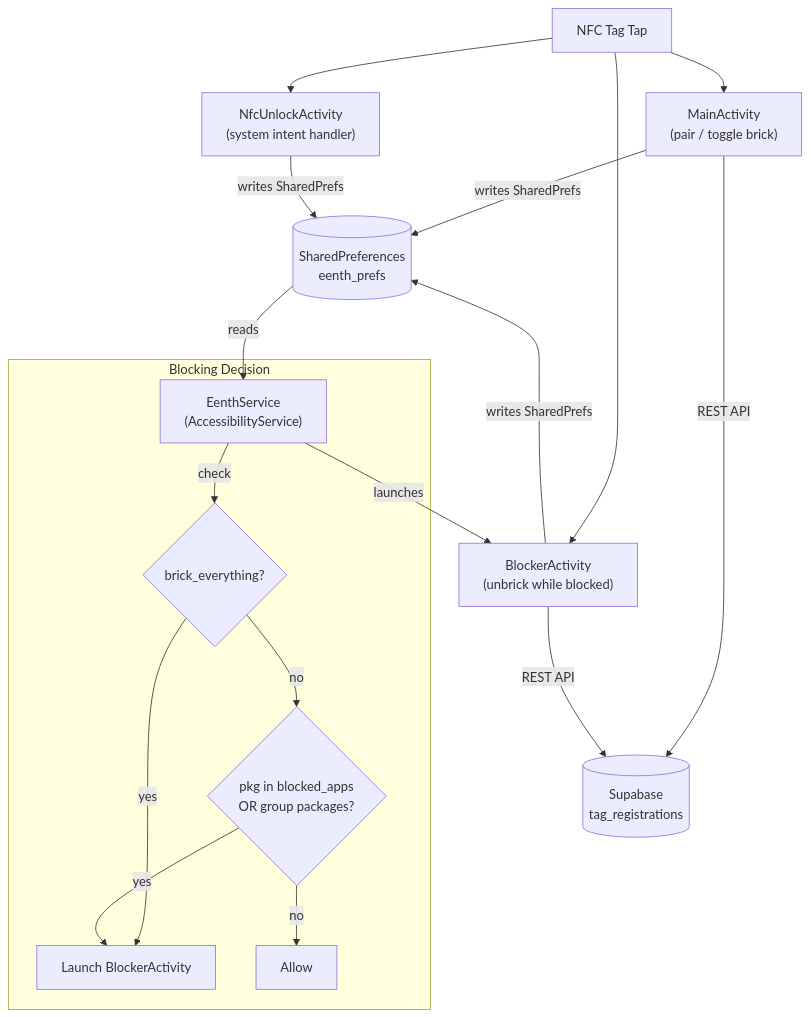
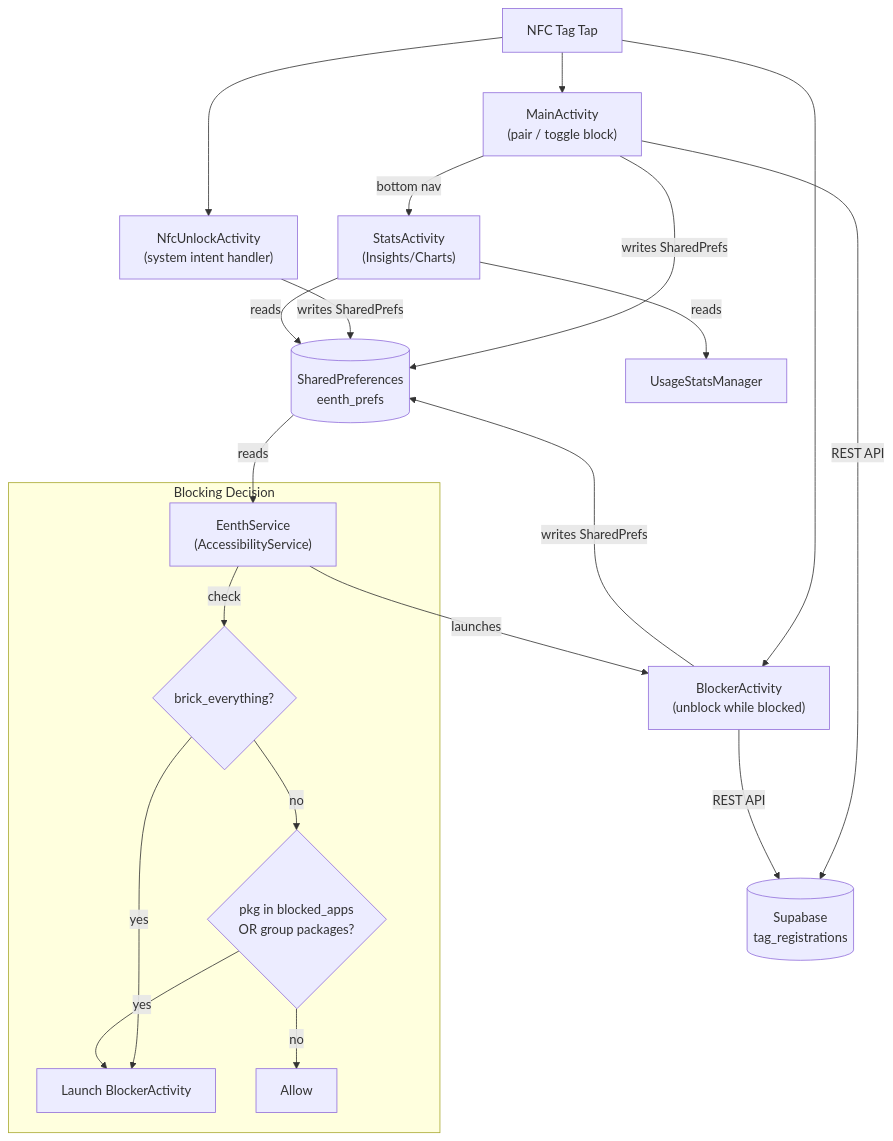
The first of 2 diagrams in ARCHITECTURE.md (surpha/eenth), drawn with Mermaid before and after one commit. The commit also changed other lines of this file and 2 other files, not shown here.

First line of the commit message:
docs: update CLAUDE.md, ARCHITECTURE.md, copilot-instructions for Block rebrand

````diff
--- a/ARCHITECTURE.md
+++ b/ARCHITECTURE.md
@@ -7,24 +7,28 @@
 ```mermaid
 flowchart TD
-    NFC["NFC Tag Tap"] --> MA["MainActivity\n(pair / toggle brick)"]
-    NFC --> BA["BlockerActivity\n(unbrick while blocked)"]
+    NFC["NFC Tag Tap"] --> MA["MainActivity\n(pair / toggle block)"]
+    NFC --> BA["BlockerActivity\n(unblock while blocked)"]
     NFC --> NUA["NfcUnlockActivity\n(system intent handler)"]
 
     MA -->|"writes SharedPrefs"| SP[(SharedPreferences\neenth_prefs)]
     BA -->|"writes SharedPrefs"| SP
     NUA -->|"writes SharedPrefs"| SP
 
     SP -->|"reads"| ES["EenthService\n(AccessibilityService)"]
     ES -->|"launches"| BA
 
     MA -->|"REST API"| SB[(Supabase\ntag_registrations)]
     BA -->|"REST API"| SB
 
+    MA -->|"bottom nav"| SA["StatsActivity\n(Insights/Charts)"]
+    SA -->|"reads"| SP
+    SA -->|"reads"| USM["UsageStatsManager"]
+
     subgraph Blocking Decision
         ES -->|"check"| BrickAll{"brick_everything?"}
         BrickAll -->|yes| BLOCK["Launch BlockerActivity"]
         BrickAll -->|no| CheckApps{"pkg in blocked_apps\nOR group packages?"}
         CheckApps -->|yes| BLOCK
         CheckApps -->|no| ALLOW["Allow"]
     end
 ```
````
